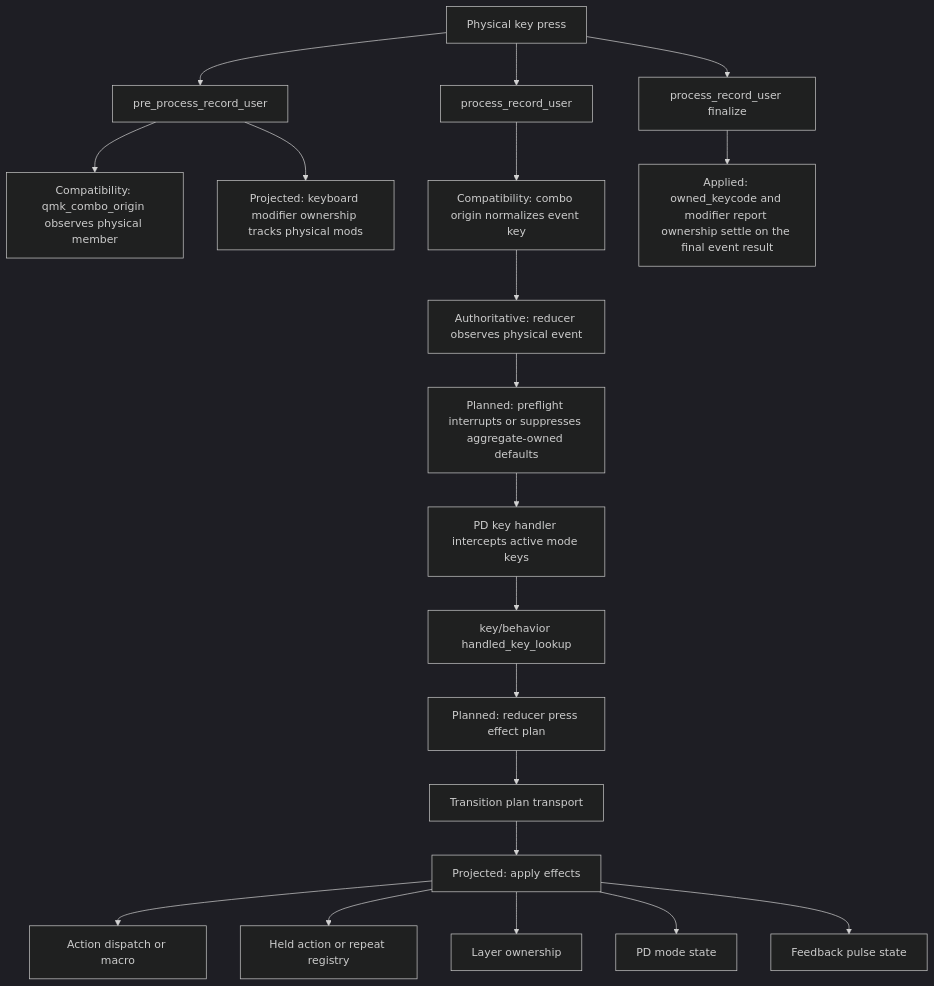
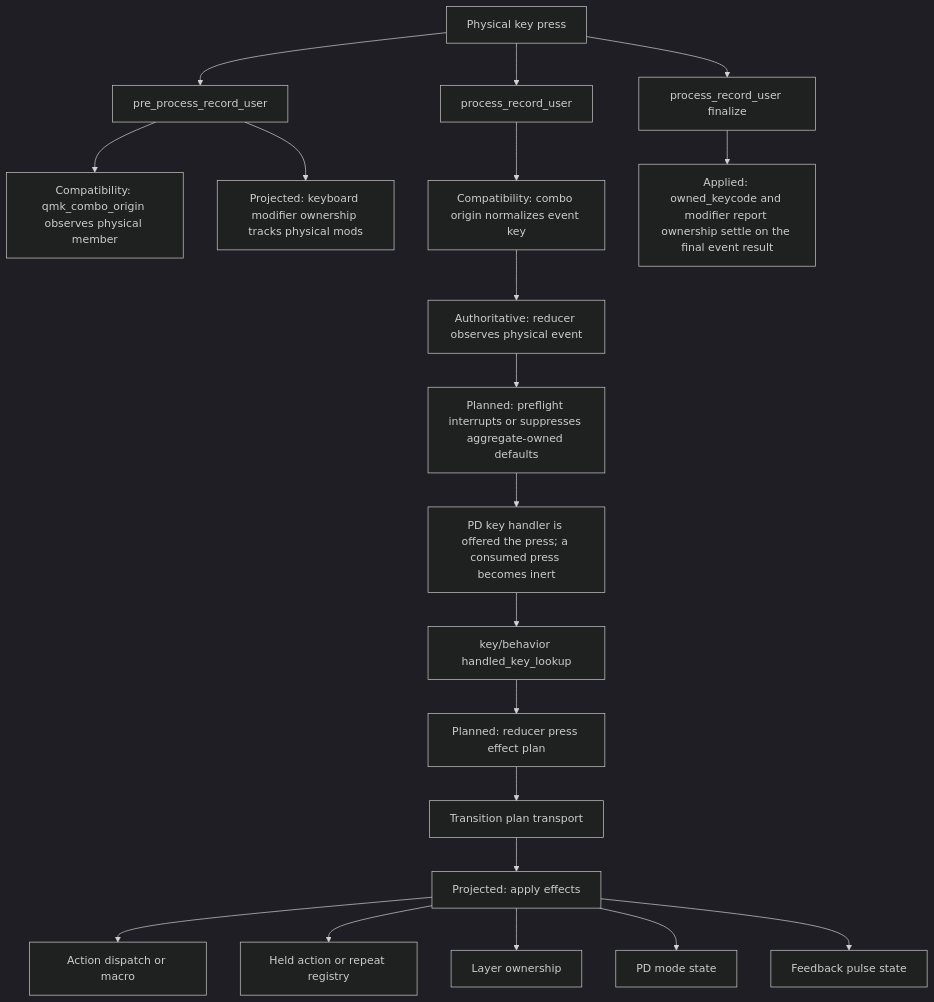
Before and after one commit to NoahCLR/charybdis-4x6: the second of 11 diagrams in docs/architecture/runtime-flow.md, drawn with Mermaid (dark theme). The commit also changed other lines of this file and 24 other files, not shown here.

````diff
--- a/docs/architecture/runtime-flow.md
+++ b/docs/architecture/runtime-flow.md
@@ -34,22 +34,22 @@
 ```mermaid
 flowchart TD
     physical["Physical key press"] --> pre_user["pre_process_record_user"]
     pre_user --> origin["Compatibility: qmk_combo_origin observes physical member"]
     pre_user --> mod_track["Projected: keyboard modifier ownership tracks physical mods"]
     physical --> process_user["process_record_user"]
     process_user --> normalize["Compatibility: combo origin normalizes event key"]
     normalize --> observe["Authoritative: reducer observes physical event"]
     observe --> preflight["Planned: preflight interrupts or suppresses aggregate-owned defaults"]
-    preflight --> pd_handler["PD key handler intercepts active mode keys"]
+    preflight --> pd_handler["PD key handler is offered the press; a consumed press becomes inert"]
     pd_handler --> lookup["key/behavior handled_key_lookup"]
     lookup --> press_plan["Planned: reducer press effect plan"]
     press_plan --> transition["Transition plan transport"]
     transition --> projection["Projected: apply effects"]
     projection --> action["Action dispatch or macro"]
     projection --> held["Held action or repeat registry"]
     projection --> layer["Layer ownership"]
     projection --> pd["PD mode state"]
     projection --> feedback["Feedback pulse state"]
     physical --> finalize["process_record_user finalize"]
     finalize --> report_track["Applied: owned_keycode and modifier report ownership settle on the final event result"]
 ```
````
